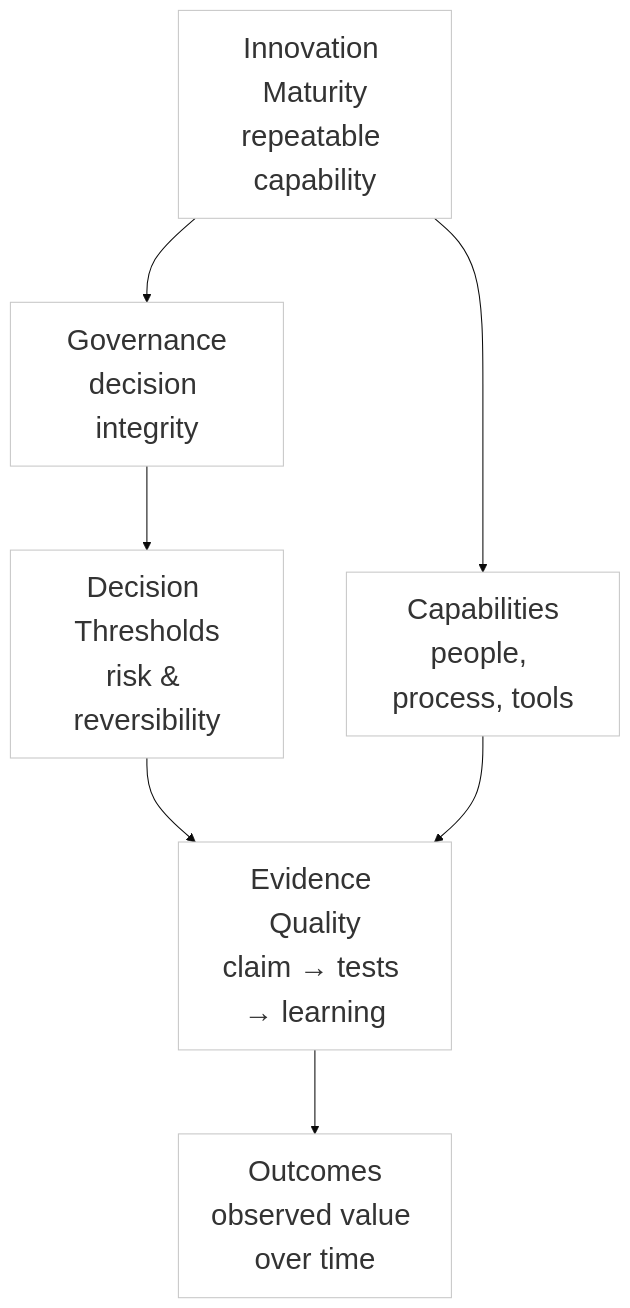
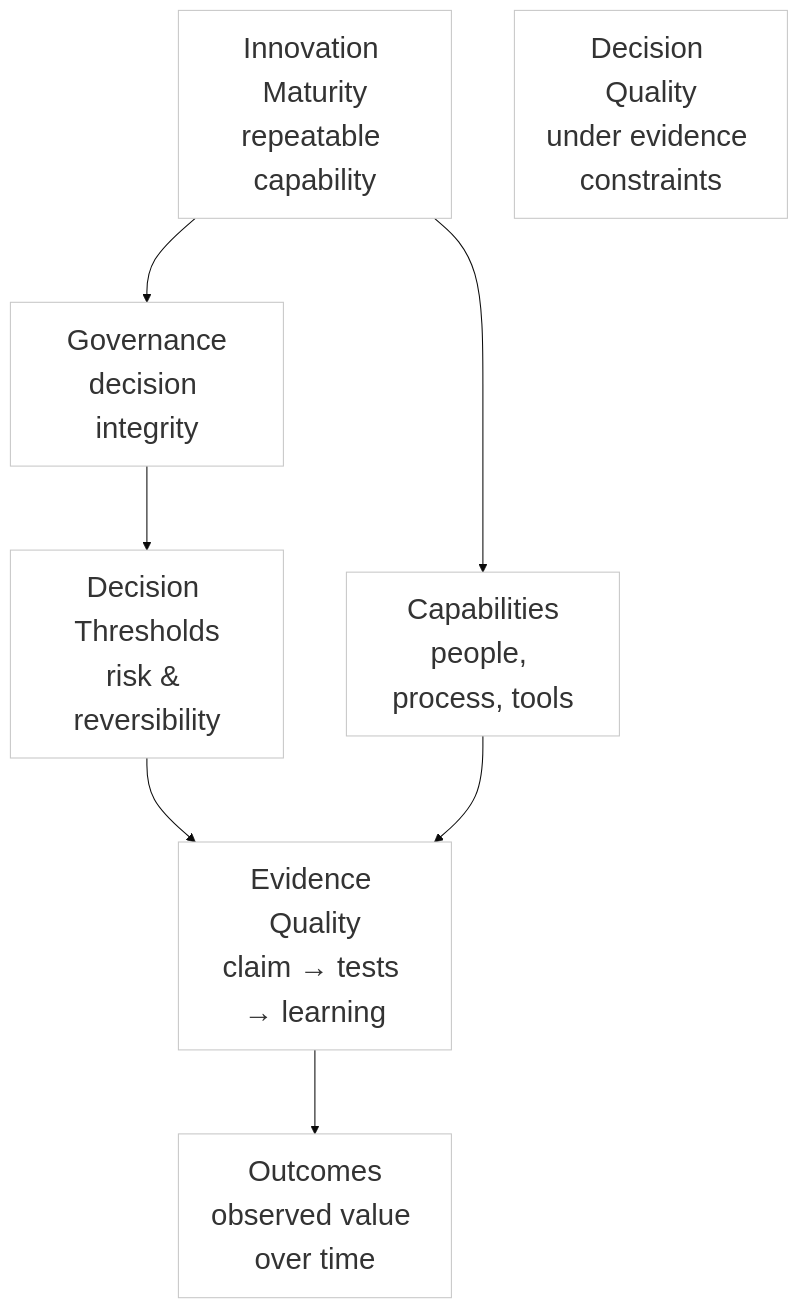
Before and after one commit to micro-canvas-framework/micro-canvas-framework.github.io: the diagram in docs/book/phase-1/01-IntroductionToIMM.md, drawn with Mermaid. The commit also changed other lines of this file, not shown here.

Commit message:
docs(book): harden figure 6 against linear interpretation

````diff
--- a/docs/book/phase-1/01-IntroductionToIMM.md
+++ b/docs/book/phase-1/01-IntroductionToIMM.md
@@ -63,20 +63,21 @@
 ```mermaid
 %%{init: {"theme":"base","flowchart":{"nodeSpacing":60,"rankSpacing":80},"themeVariables":{"fontSize":"28px"}} }%%
 flowchart TB
   IMM["Innovation Maturity<br/>repeatable capability"]
   CAP["Capabilities<br/>people, process, tools"]
   GOV["Governance<br/>decision integrity"]
   EVI["Evidence Quality<br/>claim → tests → learning"]
   THR["Decision Thresholds<br/>risk & reversibility"]
   OUT["Outcomes<br/>observed value over time"]
+  NOTE["Decision Quality<br/>under evidence constraints"]
 
   IMM --> CAP
   IMM --> GOV
   GOV --> THR
   THR --> EVI
   CAP --> EVI
   EVI --> OUT
 
   classDef layer fill:#ffffff,stroke:#c7c7c7,stroke-width:1px;
-  class IMM,CAP,GOV,EVI,THR,OUT layer;
+  class IMM,CAP,GOV,EVI,THR,OUT,NOTE layer;
 ```
````
